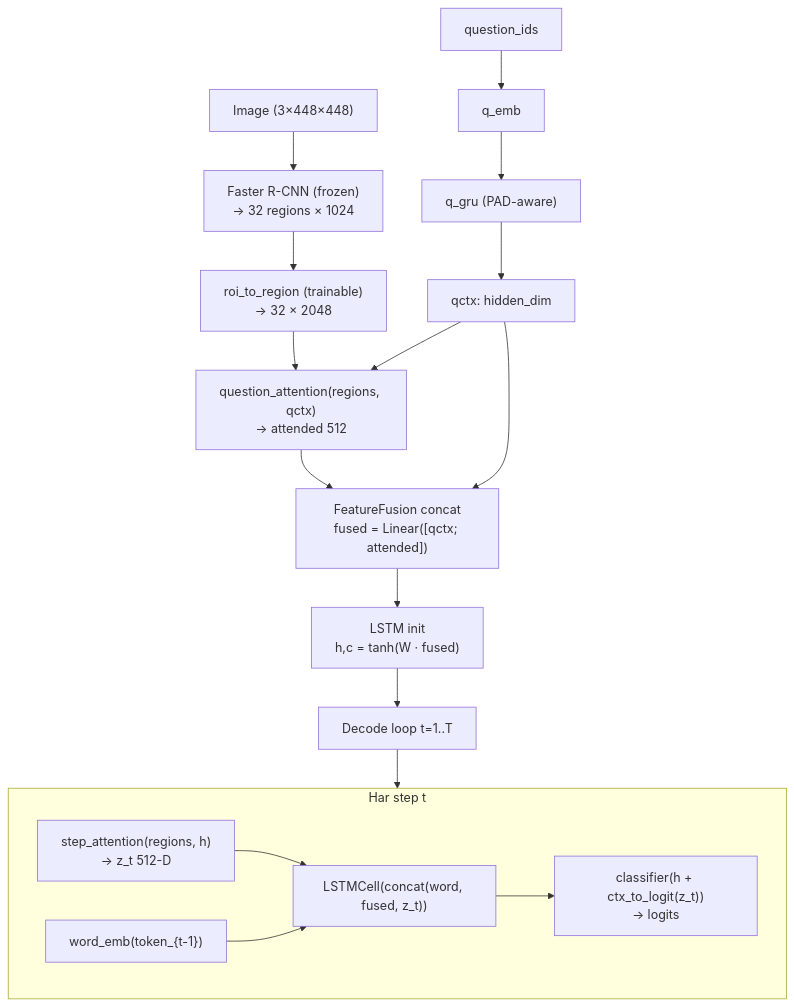
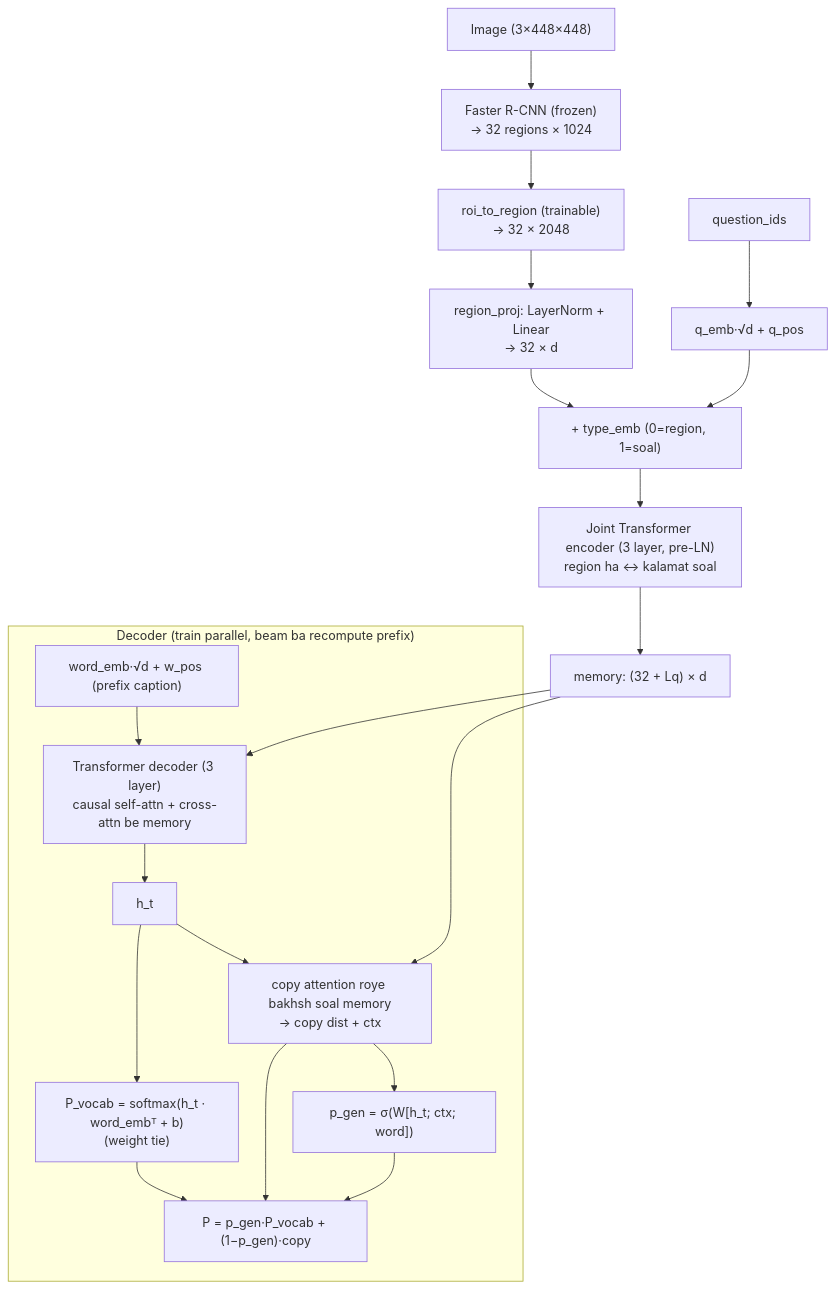
The second of 3 diagrams in architecture/ARCHITECTURE.fa.md (MahdiRuzmeh/ImageCaptioningImprovedVisualQuestionAnswering), drawn with Mermaid before and after one commit. The commit also changed other lines of this file and 5 other files, not shown here.

Commit message:
docs: Document MMTransformerCopyCaptioner as the v2 Stage-1 architecture.

````diff
--- a/architecture/ARCHITECTURE.fa.md
+++ b/architecture/ARCHITECTURE.fa.md
@@ -73,32 +87,33 @@
 ```mermaid
 flowchart TB
     IMG["Image (3×448×448)"]
     FRCNN["Faster R-CNN (frozen)\n→ 32 regions × 1024"]
     ROI["roi_to_region (trainable)\n→ 32 × 2048"]
+    RP["region_proj: LayerNorm + Linear\n→ 32 × d"]
     Q["question_ids"]
-    QEMB["q_emb"]
-    QGRU["q_gru (PAD-aware)"]
-    QCTX["qctx: hidden_dim"]
-    QATT["question_attention(regions, qctx)\n→ attended 512"]
-    FUSE["FeatureFusion concat\nfused = Linear([qctx; attended])"]
-    INIT["LSTM init\nh,c = tanh(W · fused)"]
-    LOOP["Decode loop t=1..T"]
+    QE["q_emb·√d + q_pos"]
+    TYPE["+ type_emb (0=region, 1=soal)"]
+    ENC["Joint Transformer encoder (3 layer, pre-LN)\nregion ha ↔ kalamat soal"]
+    MEM["memory: (32 + Lq) × d"]
 
-    IMG --> FRCNN --> ROI
-    Q --> QEMB --> QGRU --> QCTX
-    ROI --> QATT
-    QCTX --> QATT --> FUSE
-    QCTX --> FUSE --> INIT --> LOOP
+    IMG --> FRCNN --> ROI --> RP --> TYPE
+    Q --> QE --> TYPE
+    TYPE --> ENC --> MEM
 
-    subgraph LOOP_DETAIL["Har step t"]
-        SATT["step_attention(regions, h)\n→ z_t 512-D"]
-        WE["word_emb(token_{t-1})"]
-        LSTM["LSTMCell(concat(word, fused, z_t))"]
-        OUT["classifier(h + ctx_to_logit(z_t))\n→ logits"]
-        SATT --> LSTM
-        WE --> LSTM
-        LSTM --> OUT
+    subgraph DEC["Decoder (train parallel, beam ba recompute prefix)"]
+        WE["word_emb·√d + w_pos (prefix caption)"]
+        TD["Transformer decoder (3 layer)\ncausal self-attn + cross-attn be memory"]
+        H["h_t"]
+        VOC["P_vocab = softmax(h_t · word_embᵀ + b)\n(weight tie)"]
+        CP["copy attention roye bakhsh soal memory\n→ copy dist + ctx"]
+        PG["p_gen = σ(W[h_t; ctx; word])"]
+        MIX["P = p_gen·P_vocab + (1−p_gen)·copy"]
+        WE --> TD --> H
+        H --> VOC --> MIX
+        H --> CP --> MIX
+        CP --> PG --> MIX
     end
 
-    LOOP --> LOOP_DETAIL
+    MEM --> TD
+    MEM --> CP
 ```
````
